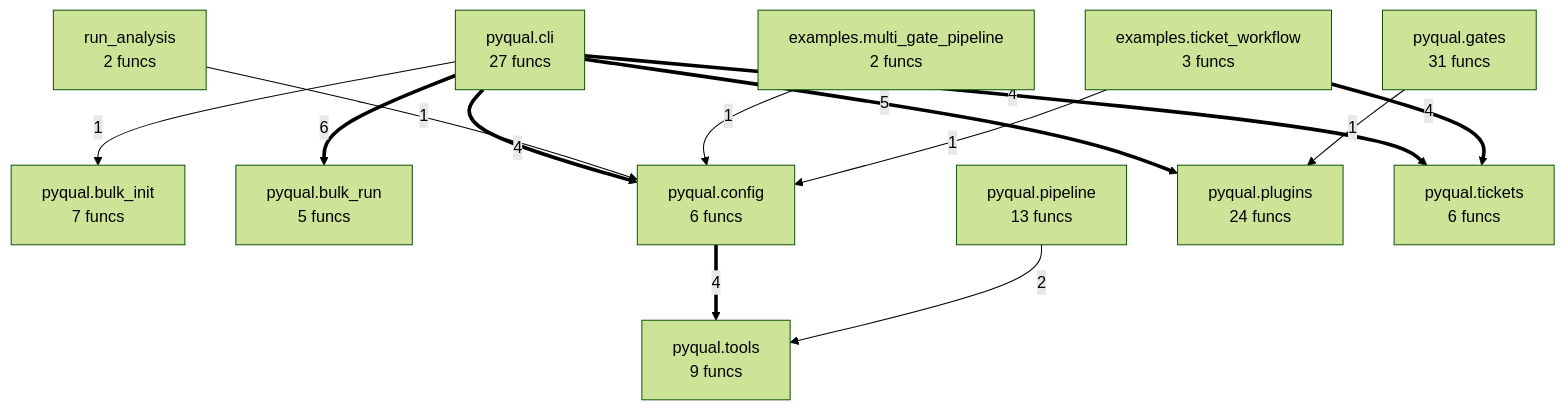
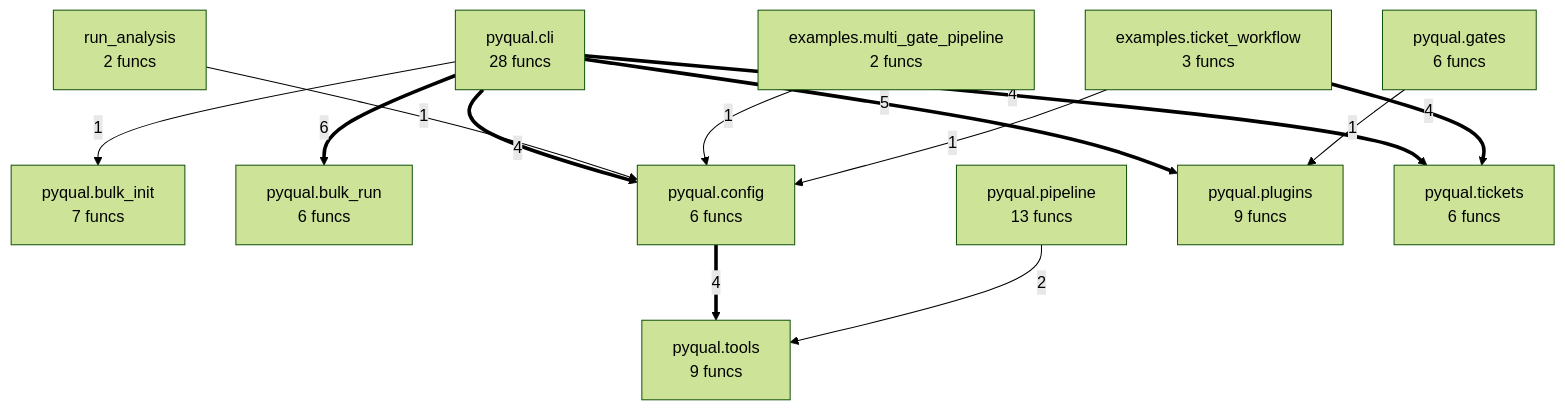
Before and after one commit to semcod/pyqual: the diagram in project/compact_flow.mmd, drawn with Mermaid (forest theme). The commit also changed 28 other files, not shown here.

```diff
--- a/project/compact_flow.mmd
+++ b/project/compact_flow.mmd
@@ -1,25 +1,25 @@
 flowchart TD
     examples__multi_gate_pipeline["examples.multi_gate_pipeline<br/>2 funcs"]
     examples__ticket_workflow["examples.ticket_workflow<br/>3 funcs"]
     pyqual__bulk_init["pyqual.bulk_init<br/>7 funcs"]
-    pyqual__bulk_run["pyqual.bulk_run<br/>5 funcs"]
-    pyqual__cli["pyqual.cli<br/>27 funcs"]
+    pyqual__bulk_run["pyqual.bulk_run<br/>6 funcs"]
+    pyqual__cli["pyqual.cli<br/>28 funcs"]
     pyqual__config["pyqual.config<br/>6 funcs"]
-    pyqual__gates["pyqual.gates<br/>31 funcs"]
+    pyqual__gates["pyqual.gates<br/>6 funcs"]
     pyqual__pipeline["pyqual.pipeline<br/>13 funcs"]
-    pyqual__plugins["pyqual.plugins<br/>24 funcs"]
+    pyqual__plugins["pyqual.plugins<br/>9 funcs"]
     pyqual__tickets["pyqual.tickets<br/>6 funcs"]
     pyqual__tools["pyqual.tools<br/>9 funcs"]
     run_analysis["run_analysis<br/>2 funcs"]
     pyqual__cli ==>|6| pyqual__bulk_run
     pyqual__cli ==>|5| pyqual__plugins
     pyqual__config ==>|4| pyqual__tools
     pyqual__cli ==>|4| pyqual__config
     pyqual__cli ==>|4| pyqual__tickets
     examples__ticket_workflow ==>|4| pyqual__tickets
     pyqual__pipeline -->|2| pyqual__tools
     run_analysis -->|1| pyqual__config
+    pyqual__gates -->|1| pyqual__plugins
     pyqual__cli -->|1| pyqual__bulk_init
-    pyqual__gates -->|1| pyqual__plugins
     examples__multi_gate_pipeline -->|1| pyqual__config
     examples__ticket_workflow -->|1| pyqual__config
```
